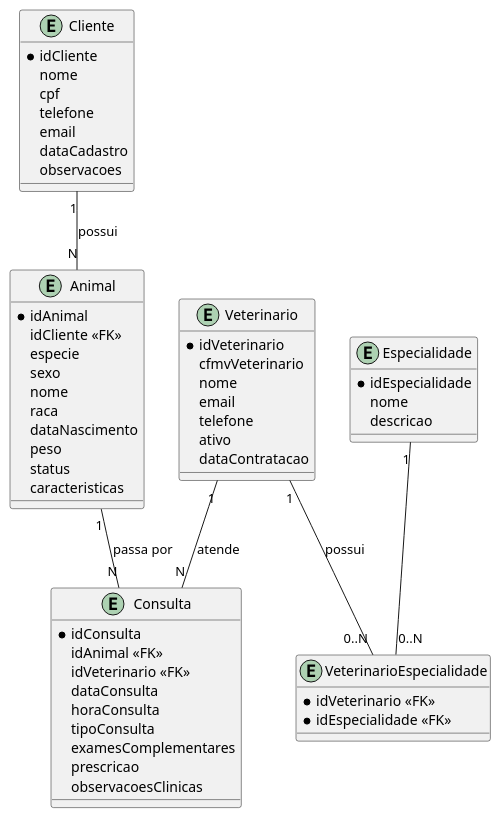
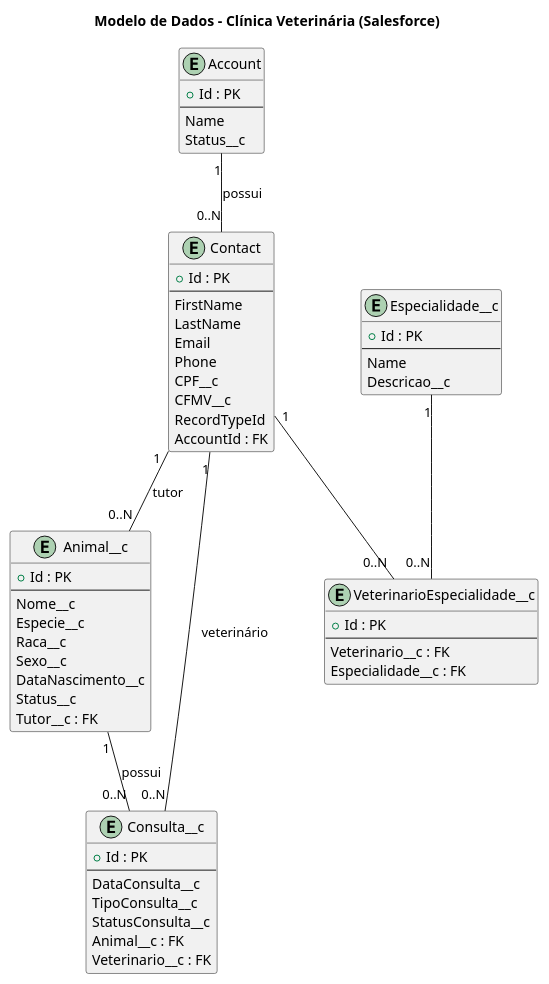
The diagram in salesforce-friendly/clinica-veterinaria-salesforce.puml (thiago-salesforce-journey/clinic-vet-data-model), drawn with PlantUML before and after one commit.

Commit message:
feat: ajustar cardinalidade Cliente–Animal para permitir clientes sem animais

```diff
--- a/salesforce-friendly/clinica-veterinaria-salesforce.puml
+++ b/salesforce-friendly/clinica-veterinaria-salesforce.puml
@@ -1,66 +1,83 @@
-@startuml "Clínica Veterinária"
+@startuml
+title Modelo de Dados - Clínica Veterinária (Salesforce)
 
-entity Cliente {
-    *idCliente
-    nome
-    cpf
-    telefone
-    email
-    dataCadastro
-    observacoes
+' =========================
+' OBJETOS PADRÃO
+' =========================
+
+entity Account {
+  + Id : PK
+  --
+  Name
+  Status__c
 }
 
-entity Animal {
-    *idAnimal
-    idCliente <<FK>>
-    especie
-    sexo
-    nome
-    raca
-    dataNascimento
-    peso
-    status
-    caracteristicas
+entity Contact {
+  + Id : PK
+  --
+  FirstName
+  LastName
+  Email
+  Phone
+  CPF__c
+  CFMV__c
+  RecordTypeId
+  AccountId : FK
 }
 
-entity Consulta {
-    *idConsulta
-    idAnimal <<FK>>
-    idVeterinario <<FK>>
-    dataConsulta
-    horaConsulta
-    tipoConsulta
-    examesComplementares
-    prescricao
-    observacoesClinicas
+' =========================
+' OBJETOS CUSTOMIZADOS
+' =========================
+
+entity Animal__c {
+  + Id : PK
+  --
+  Nome__c
+  Especie__c
+  Raca__c
+  Sexo__c
+  DataNascimento__c
+  Status__c
+  Tutor__c : FK
 }
 
-entity Veterinario {
-    *idVeterinario
-    cfmvVeterinario
-    nome
-    email
-    telefone
-    ativo
-    dataContratacao
+entity Consulta__c {
+  + Id : PK
+  --
+  DataConsulta__c
+  TipoConsulta__c
+  StatusConsulta__c
+  Animal__c : FK
+  Veterinario__c : FK
 }
 
-entity Especialidade {
-    *idEspecialidade
-    nome
-    descricao
+entity Especialidade__c {
+  + Id : PK
+  --
+  Name
+  Descricao__c
 }
 
-entity VeterinarioEspecialidade {
-    *idVeterinario <<FK>>
-    *idEspecialidade <<FK>>
-    
+entity VeterinarioEspecialidade__c {
+  + Id : PK
+  --
+  Veterinario__c : FK
+  Especialidade__c : FK
 }
 
-Cliente "1" -- "N" Animal : possui
-Animal "1" -- "N" Consulta : passa por
-Veterinario "1" -- "N" Consulta : atende
-Veterinario "1" -- "0..N" VeterinarioEspecialidade : possui
-Especialidade "1" -- "0..N" VeterinarioEspecialidade
+' =========================
+' RELACIONAMENTOS
+' =========================
+
+Account "1" -- "0..N" Contact : possui
+
+Contact "1" -- "0..N" Animal__c : tutor
+
+Animal__c "1" -- "0..N" Consulta__c : possui
+
+Contact "1" -- "0..N" Consulta__c : veterinário
+
+Contact "1" -- "0..N" VeterinarioEspecialidade__c
+Especialidade__c "1" -- "0..N" VeterinarioEspecialidade__c
 
 @enduml
```
